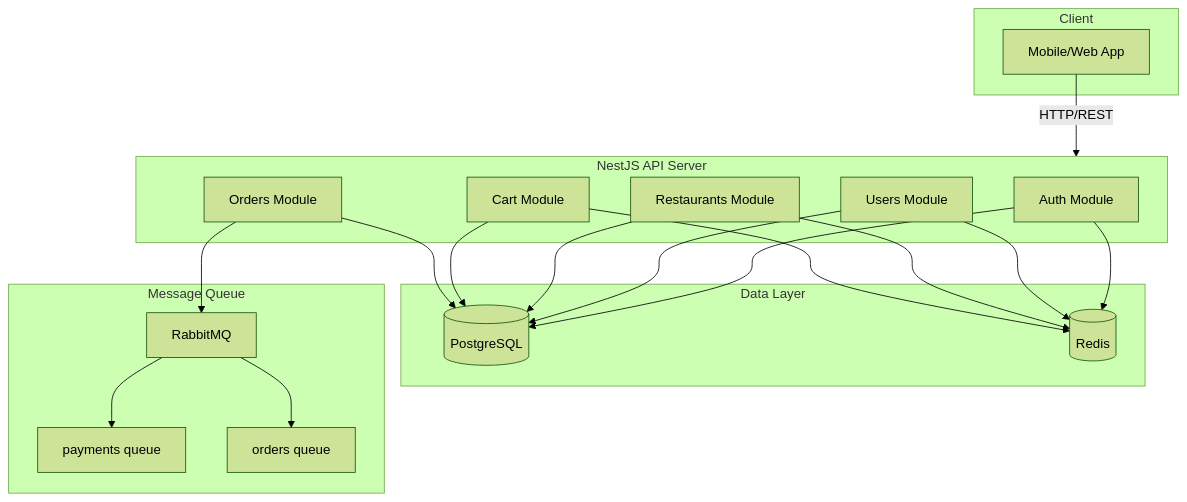
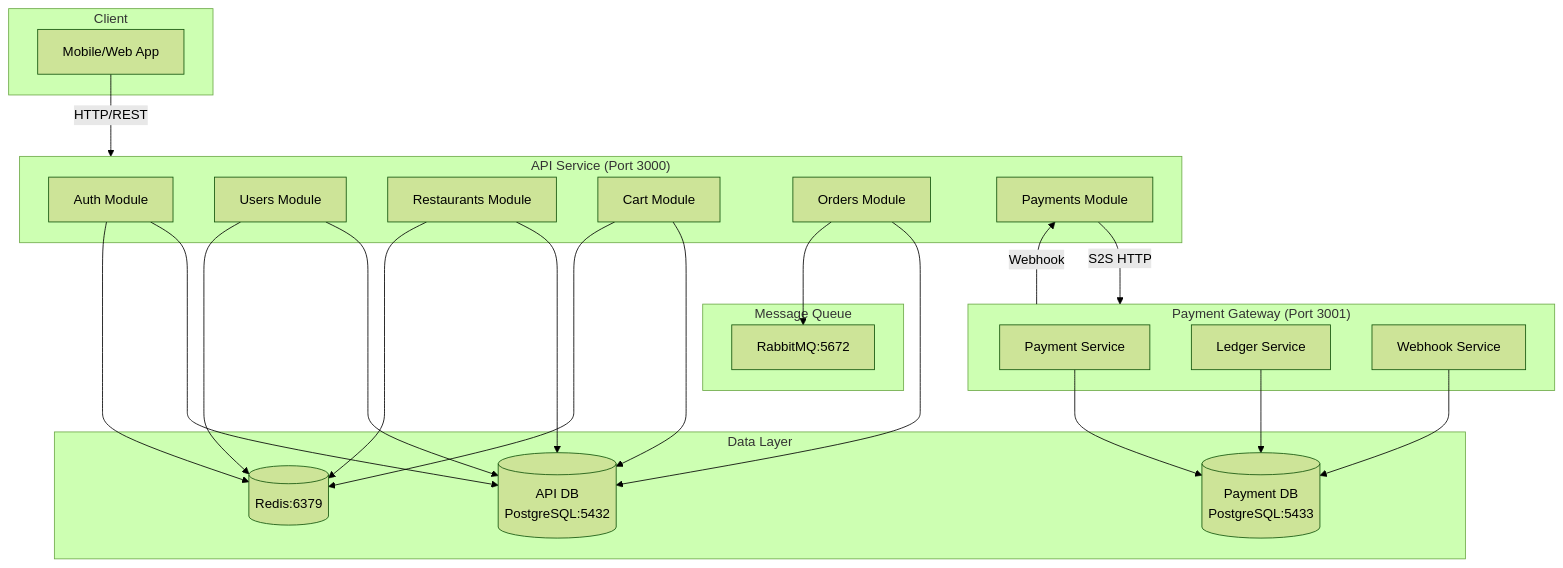
One commit to ayushambatkar/NomNom--Crave.Click.Devour. changed the first of 3 diagrams in README.md. Above: the diagram before and after it, drawn with Mermaid (forest theme). The commit also changed other lines of this file and 12 other files, not shown here.

Commit message:
Integrate payment gateway with api and update readme

````diff
--- a/README.md
+++ b/README.md
@@ -25,39 +38,48 @@
 ```mermaid
 flowchart TB
     subgraph Client
         APP[Mobile/Web App]
     end
 
-    subgraph API["NestJS API Server"]
+    subgraph API["API Service (Port 3000)"]
         AUTH[Auth Module]
         USERS[Users Module]
         REST[Restaurants Module]
         CART[Cart Module]
         ORDERS[Orders Module]
+        PAYMENTS[Payments Module]
+    end
+
+    subgraph PaymentGW["Payment Gateway (Port 3001)"]
+        PAY[Payment Service]
+        LEDGER[Ledger Service]
+        WEBHOOK[Webhook Service]
     end
 
     subgraph Data["Data Layer"]
-        PG[(PostgreSQL)]
-        REDIS[(Redis)]
+        PG1[(API DB<br/>PostgreSQL:5432)]
+        PG2[(Payment DB<br/>PostgreSQL:5433)]
+        REDIS[(Redis:6379)]
     end
 
     subgraph MQ["Message Queue"]
-        RMQ[RabbitMQ]
-        PQ[payments queue]
-        OQ[orders queue]
+        RMQ[RabbitMQ:5672]
     end
 
     APP -->|HTTP/REST| API
-    AUTH --> PG
+    AUTH --> PG1
     AUTH --> REDIS
-    USERS --> PG
+    USERS --> PG1
     USERS --> REDIS
-    REST --> PG
+    REST --> PG1
     REST --> REDIS
-    CART --> PG
+    CART --> PG1
     CART --> REDIS
-    ORDERS --> PG
+    ORDERS --> PG1
     ORDERS --> RMQ
-    RMQ --> PQ
-    RMQ --> OQ
+    PAYMENTS -->|S2S HTTP| PaymentGW
+    PaymentGW -->|Webhook| PAYMENTS
+    PAY --> PG2
+    LEDGER --> PG2
+    WEBHOOK --> PG2
 ```
````
